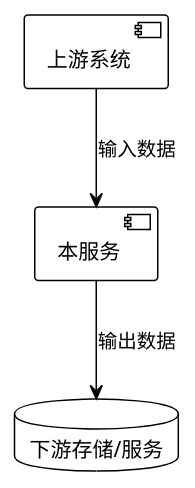
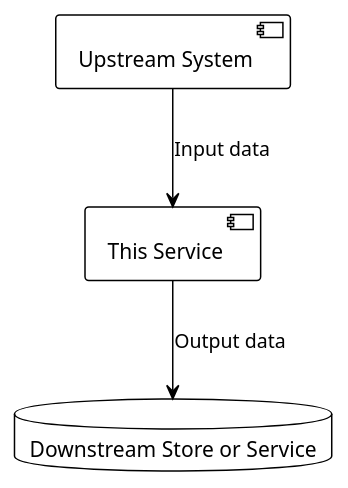
The diagram in templates/extension/service-context.md (kvenux/metaspec), drawn with PlantUML before and after one commit. The commit also changed other lines of this file and 37 other files, not shown here.

````diff
--- a/templates/extension/service-context.md
+++ b/templates/extension/service-context.md
@@ -32,11 +31,11 @@
 ```plantuml
 @startuml
 !theme plain
-component "上游系统" as Upstream
-component "本服务" as Service
-database "下游存储/服务" as Downstream
+component "Upstream System" as Upstream
+component "This Service" as Service
+database "Downstream Store or Service" as Downstream
 
-Upstream --> Service : 输入数据
-Service --> Downstream : 输出数据
+Upstream --> Service : Input data
+Service --> Downstream : Output data
 @enduml
 ```
````
